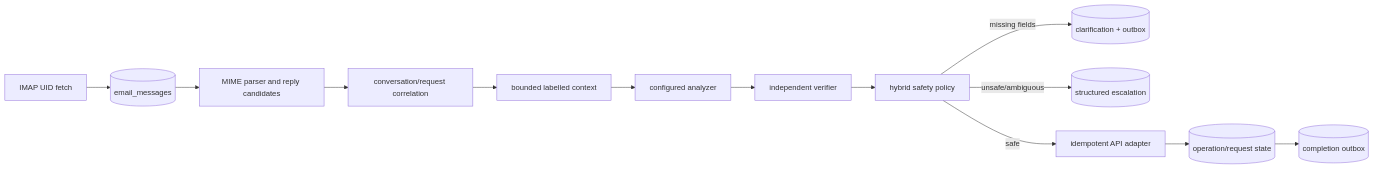
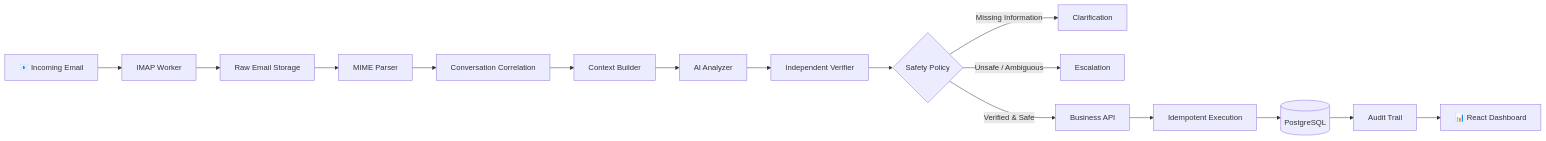
Before and after one commit to liliaazz/Snoc_automation_agent: the diagram in README.md, drawn with Mermaid. The commit also changed other lines of this file, not shown here.

````diff
--- a/README.md
+++ b/README.md
@@ -48,15 +55,25 @@
 ```mermaid
 flowchart LR
-    IMAP[IMAP UID fetch] --> Raw[(email_messages)]
-    Raw --> Parse[MIME parser and reply candidates]
-    Parse --> Corr[conversation/request correlation]
-    Corr --> Context[bounded labelled context]
-    Context --> Analyzer[configured analyzer]
-    Analyzer --> Verifier[independent verifier]
-    Verifier --> Policy[hybrid safety policy]
-    Policy -->|missing fields| Clarify[(clarification + outbox)]
-    Policy -->|unsafe/ambiguous| Escalate[(structured escalation)]
-    Policy -->|safe| Execute[idempotent API adapter]
-    Execute --> State[(operation/request state)]
-    State --> Summary[(completion outbox)]
+    A[📧 Incoming Email] --> B[IMAP Worker]
+
+    B --> C[Raw Email Storage]
+    C --> D[MIME Parser]
+
+    D --> E[Conversation Correlation]
+    E --> F[Context Builder]
+
+    F --> G[AI Analyzer]
+    G --> H[Independent Verifier]
+
+    H --> I{Safety Policy}
+
+    I -->|Missing Information| J[Clarification]
+    I -->|Unsafe / Ambiguous| K[Escalation]
+    I -->|Verified & Safe| L[Business API]
+
+    L --> M[Idempotent Execution]
+    M --> N[(PostgreSQL)]
+
+    N --> O[Audit Trail]
+    O --> P[📊 React Dashboard]
 ```
````
